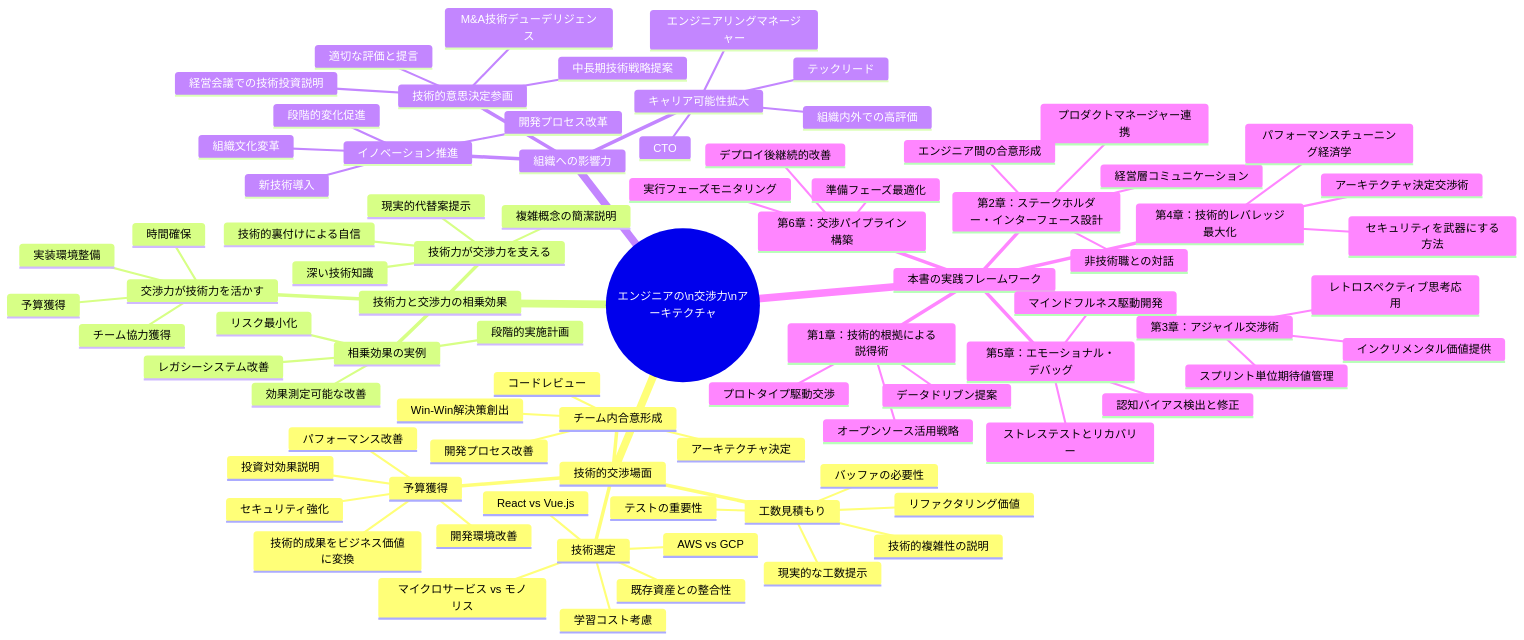
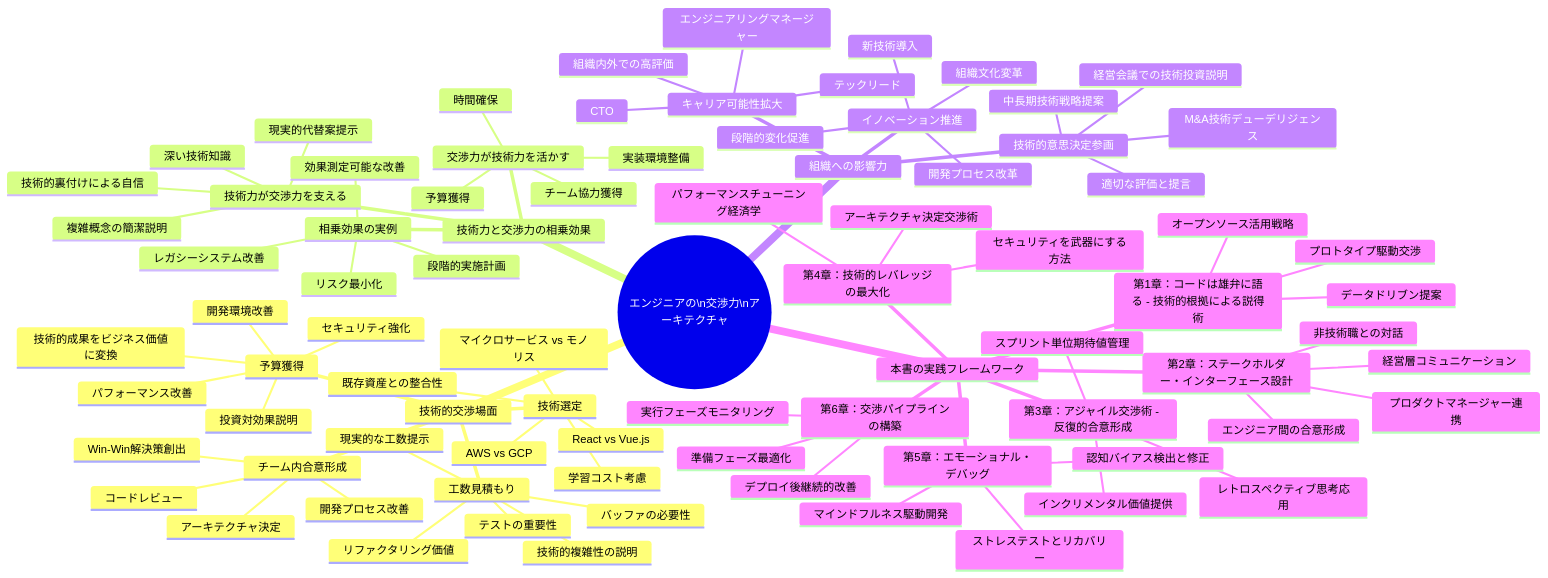
Before and after one commit to itdojp/negotiation-for-engineers-book: the first of 2 diagrams in docs/src/introduction/index.md, drawn with Mermaid. The commit also changed 5 other files, not shown here.

```diff
--- a/docs/src/introduction/index.md
+++ b/docs/src/introduction/index.md
@@ -158,7 +158,7 @@
         CTO
         組織内外での高評価
     本書の実践フレームワーク
-      第1章：技術的根拠による説得術
+      第1章：コードは雄弁に語る - 技術的根拠による説得術
         プロトタイプ駆動交渉
         データドリブン提案
         オープンソース活用戦略
@@ -167,11 +167,11 @@
         プロダクトマネージャー連携
         エンジニア間の合意形成
         非技術職との対話
-      第3章：アジャイル交渉術
+      第3章：アジャイル交渉術 - 反復的合意形成
         インクリメンタル価値提供
         スプリント単位期待値管理
         レトロスペクティブ思考応用
-      第4章：技術的レバレッジ最大化
+      第4章：技術的レバレッジの最大化
         アーキテクチャ決定交渉術
         セキュリティを武器にする方法
         パフォーマンスチューニング経済学
@@ -179,7 +179,7 @@
         認知バイアス検出と修正
         ストレステストとリカバリー
         マインドフルネス駆動開発
-      第6章：交渉パイプライン構築
+      第6章：交渉パイプラインの構築
         準備フェーズ最適化
         実行フェーズモニタリング
         デプロイ後継続的改善
```
